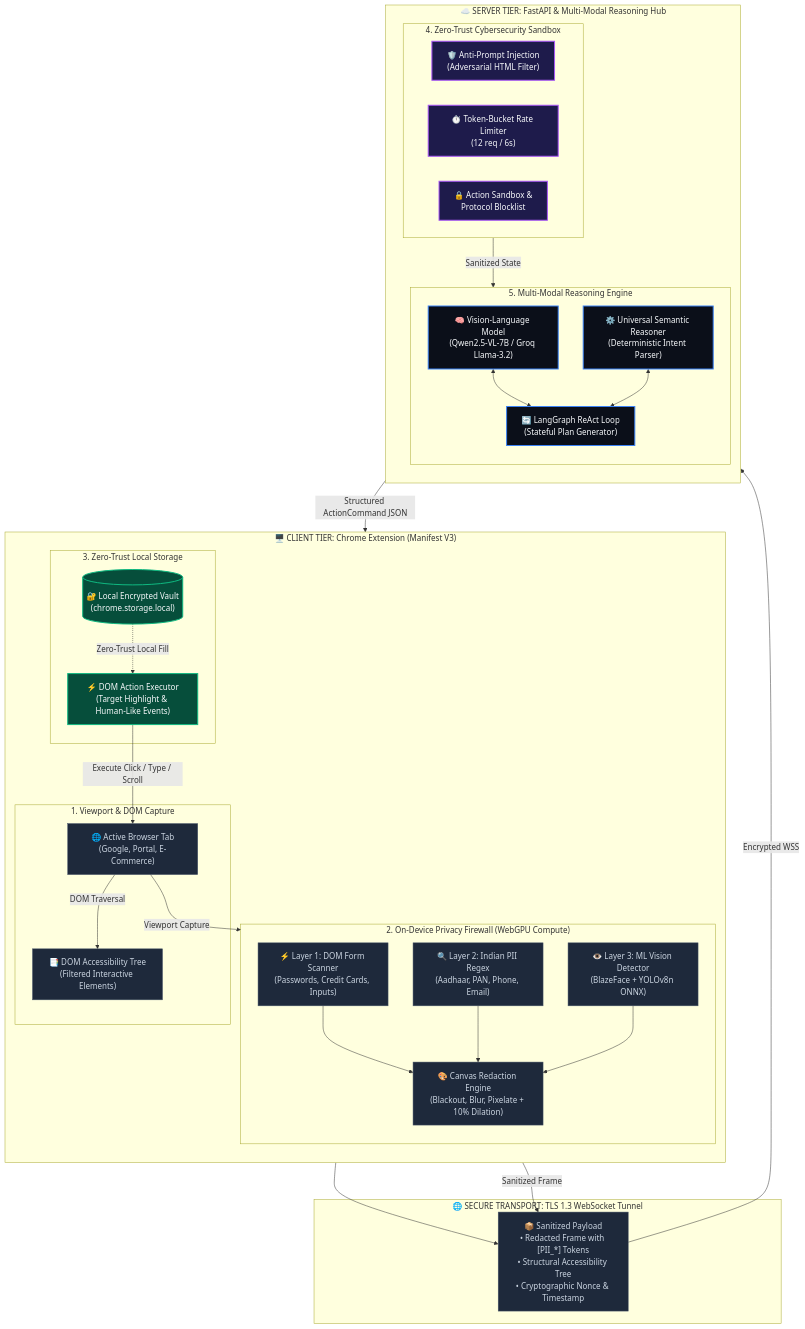
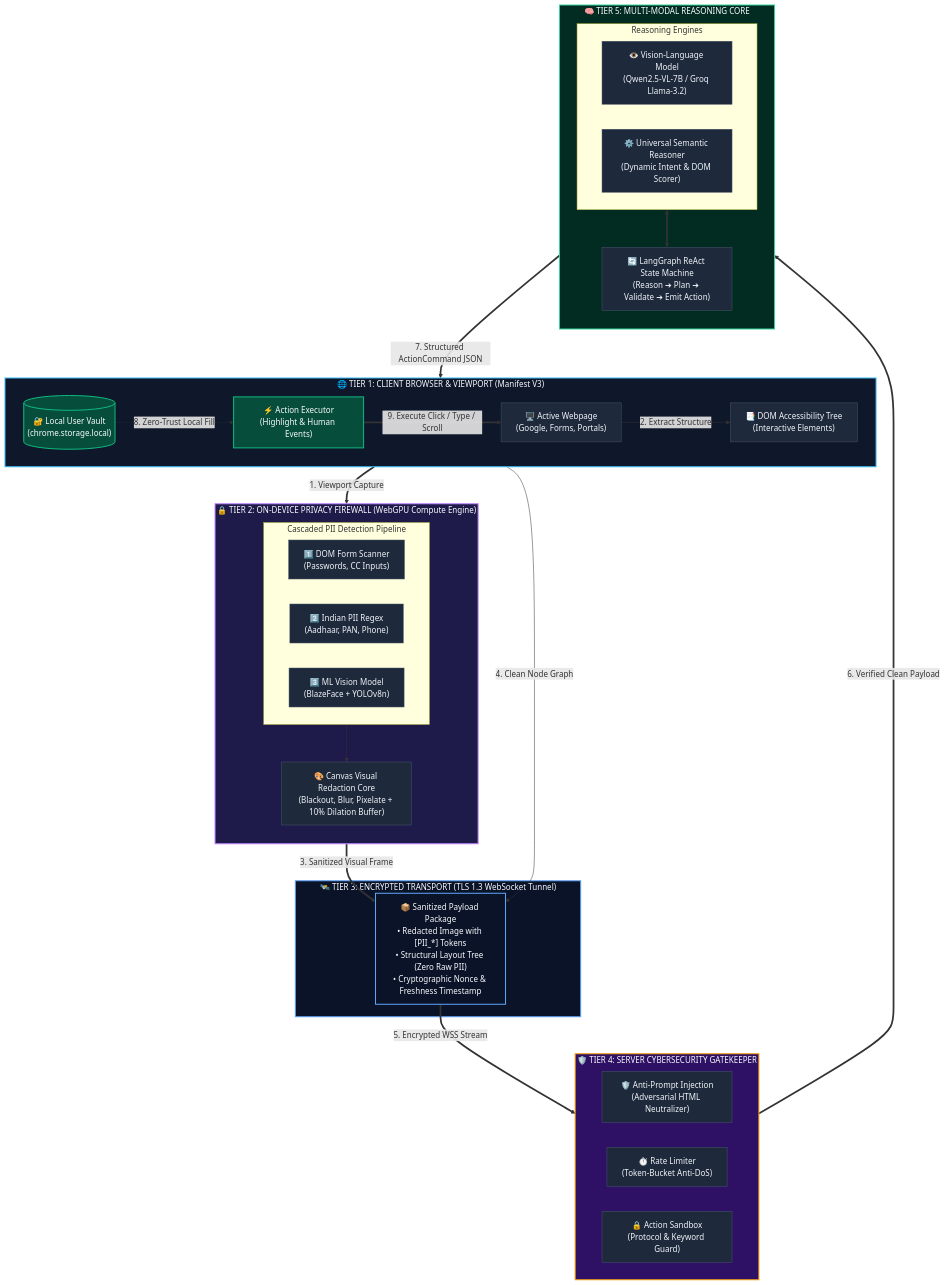
One commit to divyansh2102t-dev/SIH2026 changed the first of 3 diagrams in README.md. Above: the diagram before and after it, drawn with Mermaid. The commit also changed other lines of this file, not shown here.

Commit message:
Polished, balanced, top-to-bottom Mermaid system design in README

````diff
--- a/README.md
+++ b/README.md
@@ -15,73 +15,86 @@
 ```mermaid
 flowchart TD
-    classDef clientBox fill:#0f172a,stroke:#38bdf8,stroke-width:2px,color:#f8fafc;
-    classDef securityBox fill:#1e1b4b,stroke:#a855f7,stroke-width:2px,color:#f8fafc;
-    classDef serverBox fill:#0b0f19,stroke:#3b82f6,stroke-width:2px,color:#f8fafc;
-    classDef actionBox fill:#064e3b,stroke:#10b981,stroke-width:2px,color:#f8fafc;
-    classDef subBox fill:#1e293b,stroke:#475569,stroke-width:1px,color:#cbd5e1;
+    %% Global Styling
+    classDef clientStyle fill:#0f172a,stroke:#38bdf8,stroke-width:2px,color:#f8fafc;
+    classDef firewallStyle fill:#1e1b4b,stroke:#c084fc,stroke-width:2px,color:#f8fafc;
+    classDef transportStyle fill:#0b1329,stroke:#60a5fa,stroke-width:2px,color:#f8fafc;
+    classDef securityStyle fill:#2e1065,stroke:#f59e0b,stroke-width:2px,color:#f8fafc;
+    classDef serverStyle fill:#022c22,stroke:#34d399,stroke-width:2px,color:#f8fafc;
+    classDef nodeStyle fill:#1e293b,stroke:#475569,stroke-width:1px,color:#f1f5f9;
+    classDef vaultStyle fill:#064e3b,stroke:#10b981,stroke-width:2px,color:#f8fafc;
 
-    subgraph ClientTier ["🖥️ CLIENT TIER: Chrome Extension (Manifest V3)"]
-        direction TB
-
-        subgraph ViewportLayer ["1. Viewport & DOM Capture"]
-            ActiveTab["🌐 Active Browser Tab<br/>(Google, Portal, E-Commerce)"]
-            A11yTree["📑 DOM Accessibility Tree<br/>(Filtered Interactive Elements)"]
-        end
-
-        subgraph PrivacyFirewall ["2. On-Device Privacy Firewall (WebGPU Compute)"]
-            Layer1["⚡ Layer 1: DOM Form Scanner<br/>(Passwords, Credit Cards, Inputs)"]
-            Layer2["🔍 Layer 2: Indian PII Regex<br/>(Aadhaar, PAN, Phone, Email)"]
-            Layer3["👁️ Layer 3: ML Vision Detector<br/>(BlazeFace + YOLOv8n ONNX)"]
-            Redactor["🎨 Canvas Redaction Engine<br/>(Blackout, Blur, Pixelate + 10% Dilation)"]
-        end
-
-        subgraph LocalVaultGroup ["3. Zero-Trust Local Storage"]
-            LocalVault[("🔐 Local Encrypted Vault<br/>(chrome.storage.local)")]
-            ContentRunner["⚡ DOM Action Executor<br/>(Target Highlight & Human-Like Events)"]
-        end
+    %% Tier 1: Client Application Layer
+    subgraph TIER1 ["🌐 TIER 1: CLIENT BROWSER & VIEWPORT (Manifest V3)"]
+        direction LR
+        Tab["🖥️ Active Webpage<br/>(Google, Forms, Portals)"]
+        A11y["📑 DOM Accessibility Tree<br/>(Interactive Elements)"]
+        Vault[("🔐 Local User Vault<br/>(chrome.storage.local)")]
+        Executor["⚡ Action Executor<br/>(Highlight & Human Events)"]
     end
 
-    subgraph TransportLayer ["🌐 SECURE TRANSPORT: TLS 1.3 WebSocket Tunnel"]
-        Payload["📦 Sanitized Payload<br/>• Redacted Frame with [PII_*] Tokens<br/>• Structural Accessibility Tree<br/>• Cryptographic Nonce & Timestamp"]
+    %% Tier 2: On-Device Privacy Firewall
+    subgraph TIER2 ["🔒 TIER 2: ON-DEVICE PRIVACY FIREWALL (WebGPU Compute Engine)"]
+        direction TB
+        subgraph Detectors ["Cascaded PII Detection Pipeline"]
+            direction LR
+            D1["1️⃣ DOM Form Scanner<br/>(Passwords, CC Inputs)"]
+            D2["2️⃣ Indian PII Regex<br/>(Aadhaar, PAN, Phone)"]
+            D3["3️⃣ ML Vision Model<br/>(BlazeFace + YOLOv8n)"]
+        end
+        Redactor["🎨 Canvas Visual Redaction Core<br/>(Blackout, Blur, Pixelate + 10% Dilation Buffer)"]
     end
 
-    subgraph ServerTier ["☁️ SERVER TIER: FastAPI & Multi-Modal Reasoning Hub"]
-        direction TB
-
-        subgraph SecurityLayer ["4. Zero-Trust Cybersecurity Sandbox"]
-            AntiInject["🛡️ Anti-Prompt Injection<br/>(Adversarial HTML Filter)"]
-            RateLimit["⏱️ Token-Bucket Rate Limiter<br/>(12 req / 6s)"]
-            Sandbox["🔒 Action Sandbox &<br/>Protocol Blocklist"]
-        end
-
-        subgraph ReasoningCore ["5. Multi-Modal Reasoning Engine"]
-            VLM["🧠 Vision-Language Model<br/>(Qwen2.5-VL-7B / Groq Llama-3.2)"]
-            Reasoner["⚙️ Universal Semantic Reasoner<br/>(Deterministic Intent Parser)"]
-            ReAct["🔄 LangGraph ReAct Loop<br/>(Stateful Plan Generator)"]
-        end
+    %% Tier 3: Secure Transport Bridge
+    subgraph TIER3 ["🛰️ TIER 3: ENCRYPTED TRANSPORT (TLS 1.3 WebSocket Tunnel)"]
+        Payload["📦 Sanitized Payload Package<br/>• Redacted Image with [PII_*] Tokens<br/>• Structural Layout Tree (Zero Raw PII)<br/>• Cryptographic Nonce & Freshness Timestamp"]
     end
 
-    %% Flow Connections
-    ActiveTab -->|Viewport Capture| PrivacyFirewall
-    ActiveTab -->|DOM Traversal| A11yTree
-    Layer1 --> Redactor
-    Layer2 --> Redactor
-    Layer3 --> Redactor
-    A11yTree --> Payload
-    Redactor -->|Sanitized Frame| Payload
+    %% Tier 4: Cybersecurity Sandbox Gatekeeper
+    subgraph TIER4 ["🛡️ TIER 4: SERVER CYBERSECURITY GATEKEEPER"]
+        direction LR
+        S1["🛡️ Anti-Prompt Injection<br/>(Adversarial HTML Neutralizer)"]
+        S2["⏱️ Rate Limiter<br/>(Token-Bucket Anti-DoS)"]
+        S3["🔒 Action Sandbox<br/>(Protocol & Keyword Guard)"]
+    end
 
-    Payload -->|Encrypted WSS| SecurityLayer
-    SecurityLayer -->|Sanitized State| ReasoningCore
-    VLM <--> ReAct
-    Reasoner <--> ReAct
+    %% Tier 5: Multi-Modal Reasoning Hub
+    subgraph TIER5 ["🧠 TIER 5: MULTI-MODAL REASONING CORE"]
+        direction TB
+        subgraph Models ["Reasoning Engines"]
+            direction LR
+            M1["👁️ Vision-Language Model<br/>(Qwen2.5-VL-7B / Groq Llama-3.2)"]
+            M2["⚙️ Universal Semantic Reasoner<br/>(Dynamic Intent & DOM Scorer)"]
+        end
+        ReAct["🔄 LangGraph ReAct State Machine<br/>(Reason ➔ Plan ➔ Validate ➔ Emit Action)"]
+    end
 
-    ReAct -->|Structured ActionCommand JSON| ContentRunner
-    LocalVault -.->|Zero-Trust Local Fill| ContentRunner
-    ContentRunner -->|Execute Click / Type / Scroll| ActiveTab
+    %% Clean Top-to-Bottom Flow Connections
+    Tab ==>|1. Viewport Capture| Detectors
+    Tab -->|2. Extract Structure| A11y
+    
+    Detectors --> Redactor
+    Redactor ==>|3. Sanitized Visual Frame| Payload
+    A11y -->|4. Clean Node Graph| Payload
 
-    %% Styling
-    class ActiveTab,A11yTree,Layer1,Layer2,Layer3,Redactor,Payload subBox;
-    class LocalVault,ContentRunner actionBox;
-    class AntiInject,RateLimit,Sandbox securityBox;
-    class VLM,Reasoner,ReAct serverBox;
+    Payload ==>|5. Encrypted WSS Stream| TIER4
+    TIER4 ==>|6. Verified Clean Payload| Models
+    
+    Models <==> ReAct
+
+    ReAct ==>|7. Structured ActionCommand JSON| Executor
+    Vault -.->|8. Zero-Trust Local Fill| Executor
+    Executor ==>|9. Execute Click / Type / Scroll| Tab
+
+    %% Apply Classes
+    class Tab,A11y nodeStyle;
+    class Vault,Executor vaultStyle;
+    class D1,D2,D3,Redactor nodeStyle;
+    class Payload transportStyle;
+    class S1,S2,S3 nodeStyle;
+    class M1,M2,ReAct nodeStyle;
+    class TIER1 clientStyle;
+    class TIER2 firewallStyle;
+    class TIER3 transportStyle;
+    class TIER4 securityStyle;
+    class TIER5 serverStyle;
 ```
````
